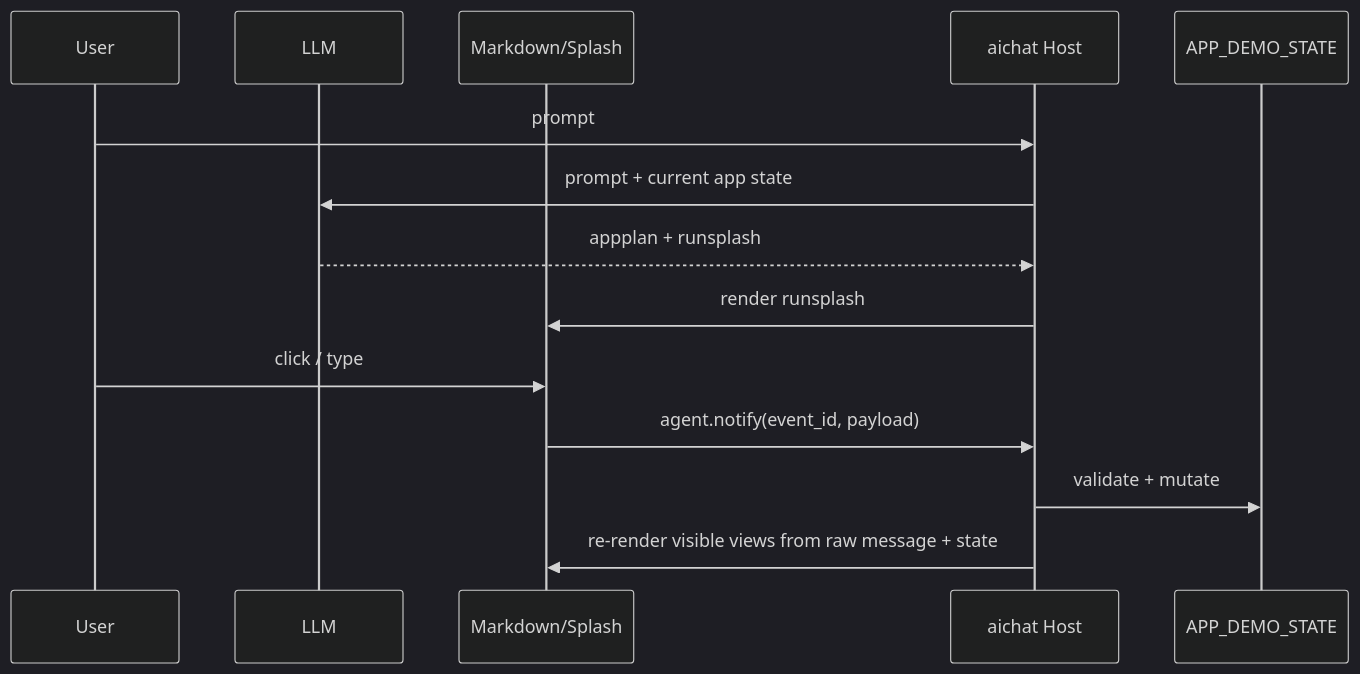
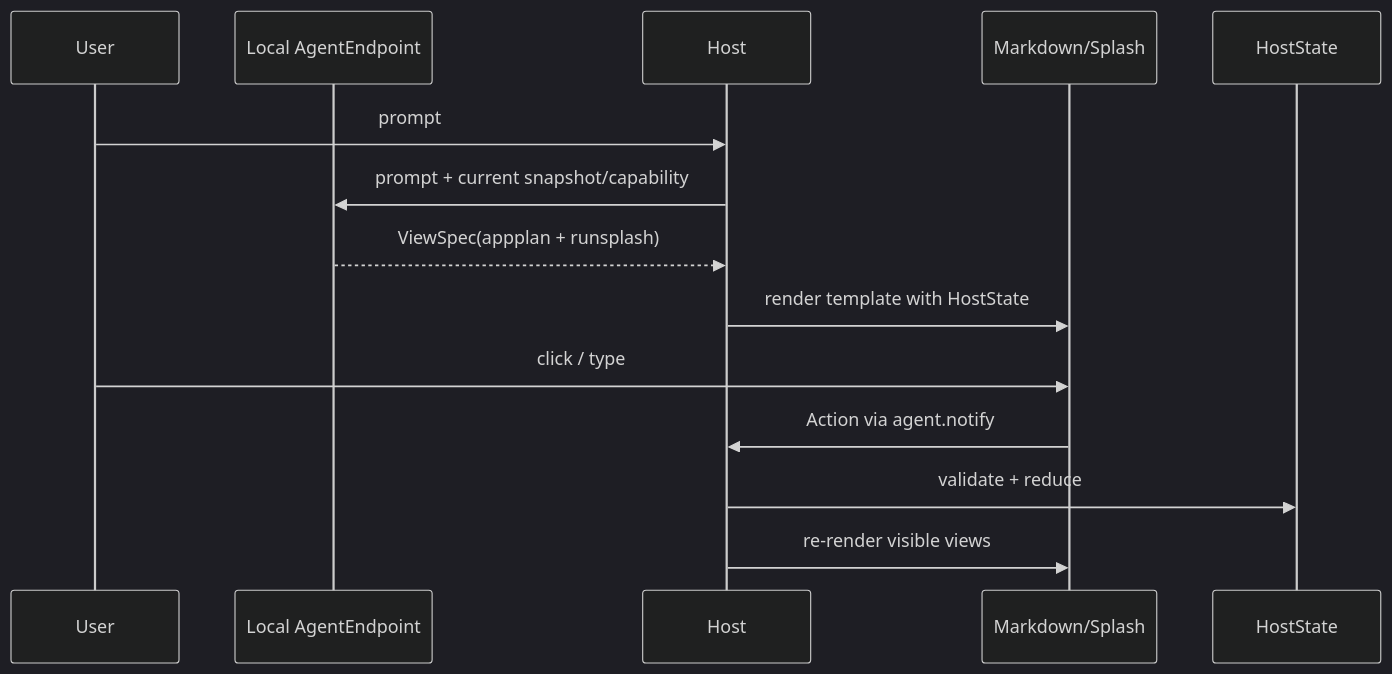
Before and after one commit to ZhangHanDong/makepad: the first of 2 diagrams in examples/aichat/specs/agent2app-book-en/src/03-runtime-modes.md, drawn with Mermaid (dark theme). The commit also changed other lines of this file and 37 other files, not shown here.

Commit message:
Document agent2app aichat rollout

````diff
--- a/examples/aichat/specs/agent2app-book-en/src/03-runtime-modes.md
+++ b/examples/aichat/specs/agent2app-book-en/src/03-runtime-modes.md
@@ -9,17 +21,17 @@
 ```mermaid
 sequenceDiagram
     participant U as User
-    participant L as LLM
+    participant A as Local AgentEndpoint
+    participant H as Host
     participant M as Markdown/Splash
-    participant H as aichat Host
-    participant S as APP_DEMO_STATE
+    participant S as HostState
 
     U->>H: prompt
-    H->>L: prompt + current app state
-    L-->>H: appplan + runsplash
-    H->>M: render runsplash
+    H->>A: prompt + current snapshot/capability
+    A-->>H: ViewSpec(appplan + runsplash)
+    H->>M: render template with HostState
     U->>M: click / type
-    M->>H: agent.notify(event_id, payload)
-    H->>S: validate + mutate
-    H->>M: re-render visible views from raw message + state
+    M->>H: Action via agent.notify
+    H->>S: validate + reduce
+    H->>M: re-render visible views
 ```
````
